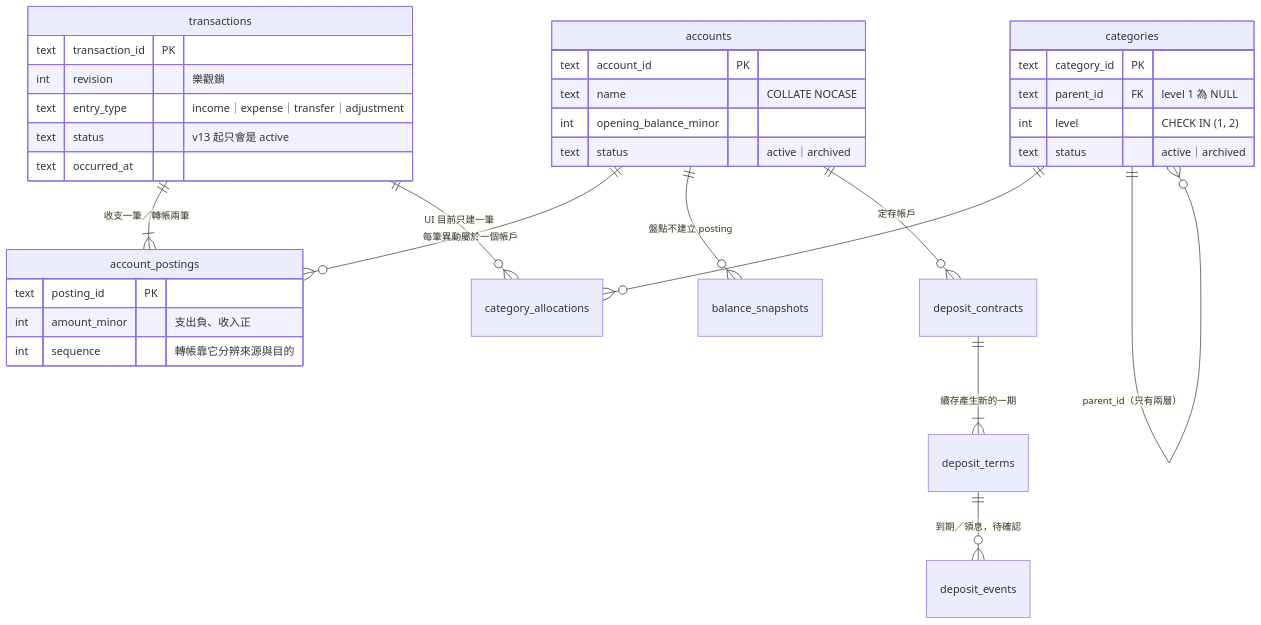
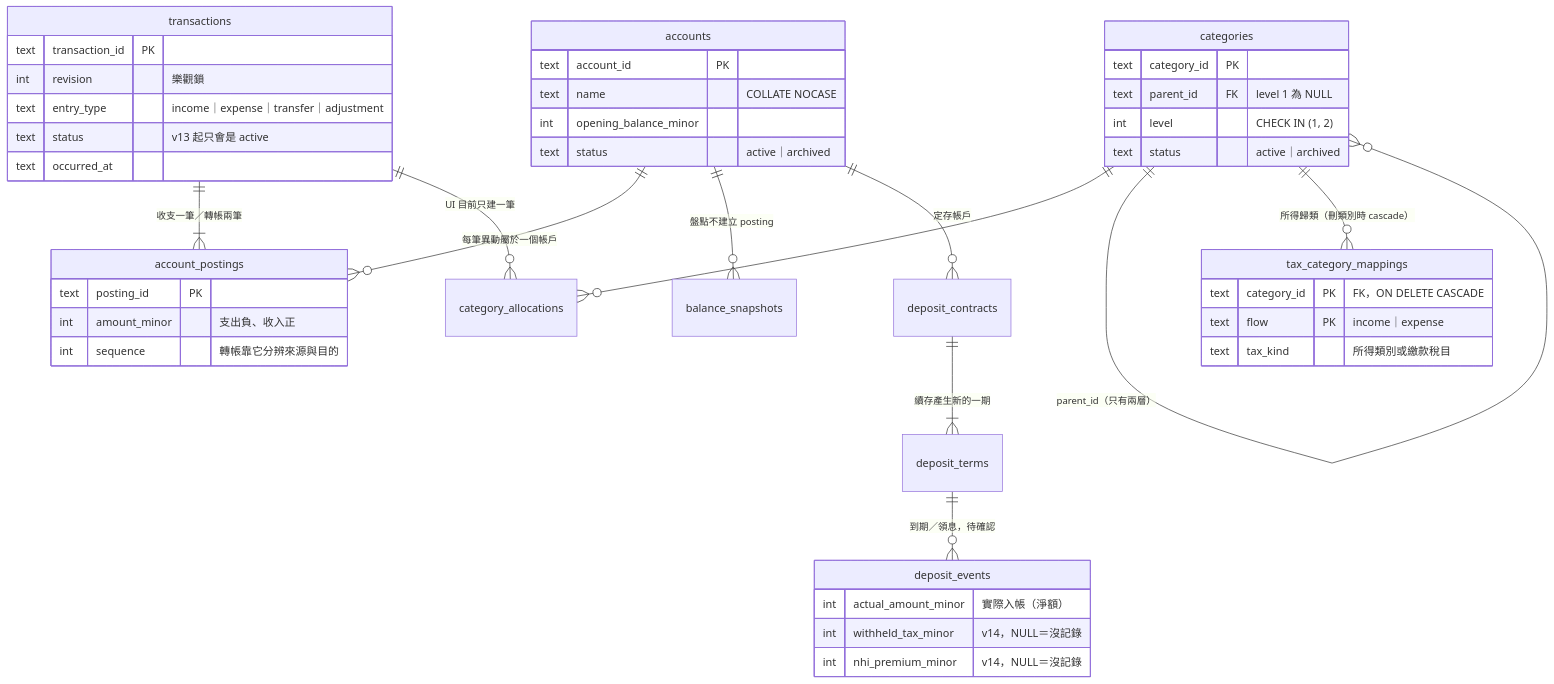
Before and after one commit to SpringRain555/tagcor-ledger: the diagram in docs/architecture/data-model.md, drawn with Mermaid. The commit also changed 8 other files, not shown here.

First line of the commit message:
docs(tax): 架構圖補上稅務 —— 頁面地圖、資料模型、提醒狀態圖；拿掉圖裡被印成字的 <i>

````diff
--- a/docs/architecture/data-model.md
+++ b/docs/architecture/data-model.md
@@ -35,37 +35,48 @@
 ```mermaid
 erDiagram
     accounts ||--o{ account_postings : "每筆異動屬於一個帳戶"
     transactions ||--|{ account_postings : "收支一筆／轉帳兩筆"
     transactions ||--o{ category_allocations : "UI 目前只建一筆"
     categories ||--o{ category_allocations : ""
     categories ||--o{ categories : "parent_id（只有兩層）"
     accounts ||--o{ balance_snapshots : "盤點不建立 posting"
     accounts ||--o{ deposit_contracts : "定存帳戶"
     deposit_contracts ||--|{ deposit_terms : "續存產生新的一期"
     deposit_terms ||--o{ deposit_events : "到期／領息，待確認"
+    categories ||--o{ tax_category_mappings : "所得歸類（刪類別時 cascade）"
 
     accounts {
         text account_id PK
         text name "COLLATE NOCASE"
         int opening_balance_minor
         text status "active｜archived"
     }
     categories {
         text category_id PK
         text parent_id FK "level 1 為 NULL"
         int level "CHECK IN (1, 2)"
         text status "active｜archived"
     }
     transactions {
         text transaction_id PK
         int revision "樂觀鎖"
         text entry_type "income｜expense｜transfer｜adjustment"
         text status "v13 起只會是 active"
         text occurred_at
     }
     account_postings {
         text posting_id PK
         int amount_minor "支出負、收入正"
         int sequence "轉帳靠它分辨來源與目的"
     }
+    deposit_events {
+        int actual_amount_minor "實際入帳（淨額）"
+        int withheld_tax_minor "v14，NULL＝沒記錄"
+        int nhi_premium_minor "v14，NULL＝沒記錄"
+    }
+    tax_category_mappings {
+        text category_id PK "FK，ON DELETE CASCADE"
+        text flow PK "income｜expense"
+        text tax_kind "所得類別或繳款稅目"
+    }
 ```
````
